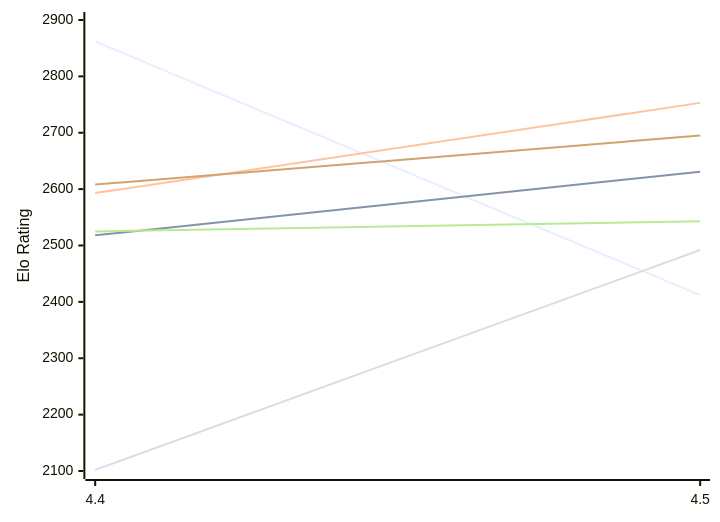
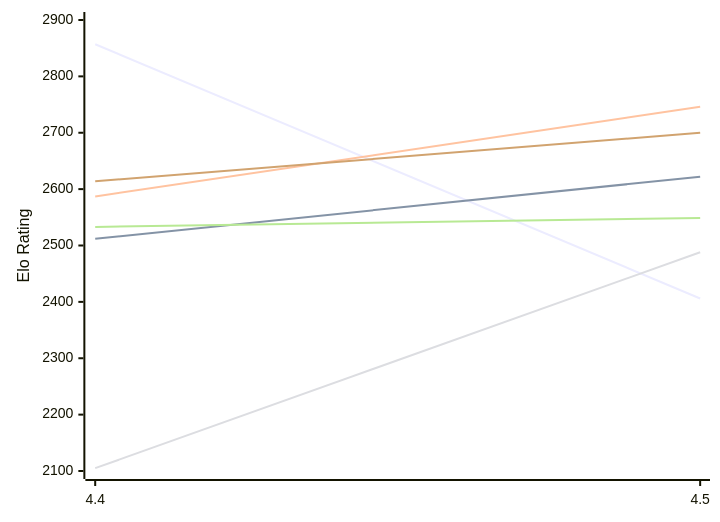
One commit to computer-chess-index/cci changed the first of 2 diagrams in engines/Eubos.md. Above: the diagram before and after it, drawn with Mermaid. The commit also changed other lines of this file, not shown here.

Commit message:
Update CCI Ratings (ELO VLTC) - 2026-11-18

````diff
--- a/engines/Eubos.md
+++ b/engines/Eubos.md
@@ -52,12 +52,12 @@
 ```mermaid
 %%{init: {"theme":"base","themeVariables":{"seriesColors:['#a3a3a3','#222221','#faa371']}}}%%
 xychart-beta
   x-axis ["4.4", "4.5"]
   y-axis "Elo Rating" 2100 --> 2900
-  line "E1: STC (8.0+0.08s)" [2862, 2412]
-  line "E1: LTC (60.0+0.60s)" [2518, 2631]
-  line "E1: VLTC (2m24s+1.12s)" [2593, 2753]
-  line "P1: STC (8.0+0.08s)" [2102, 2492]
-  line "P1: LTC (60.0+0.60s)" [2525, 2543]
-  line "P1: VLTC (2m24s+1.12s)" [2608, 2695]
+  line "E1: STC (8.0+0.08s)" [2857, 2406]
+  line "E1: LTC (60.0+0.60s)" [2512, 2622]
+  line "E1: VLTC (2m24s+1.12s)" [2587, 2746]
+  line "P1: STC (8.0+0.08s)" [2105, 2488]
+  line "P1: LTC (60.0+0.60s)" [2533, 2549]
+  line "P1: VLTC (2m24s+1.12s)" [2614, 2700]
 ```
````
